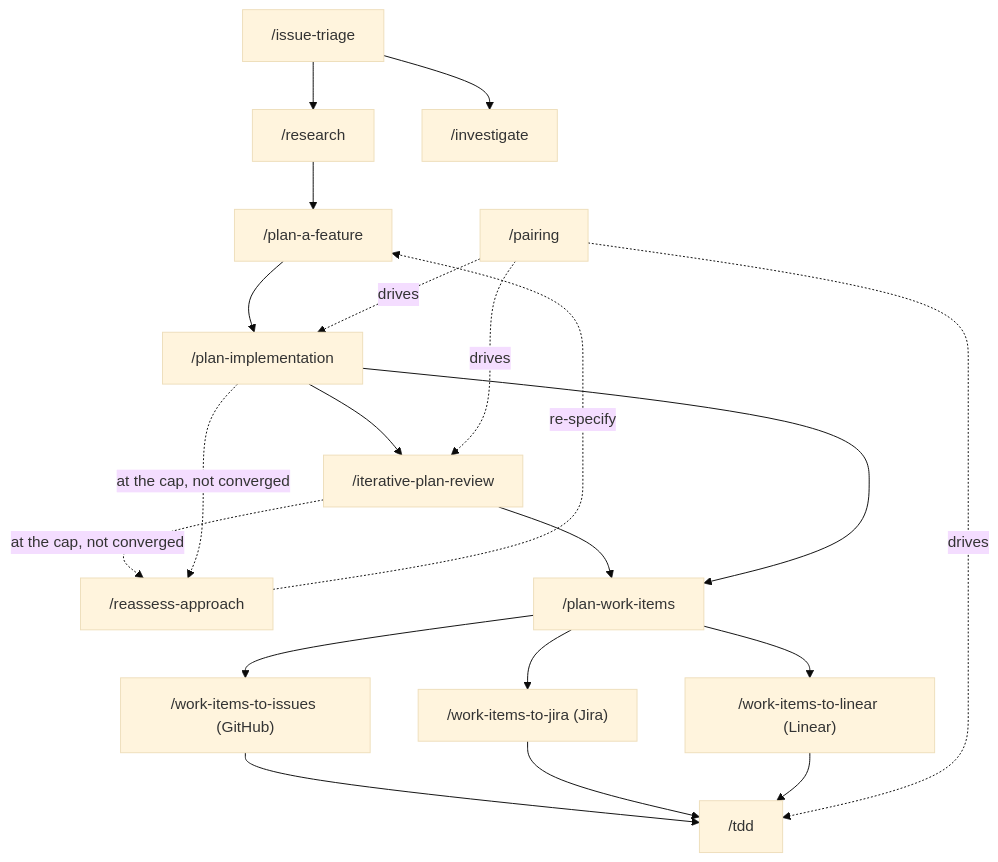
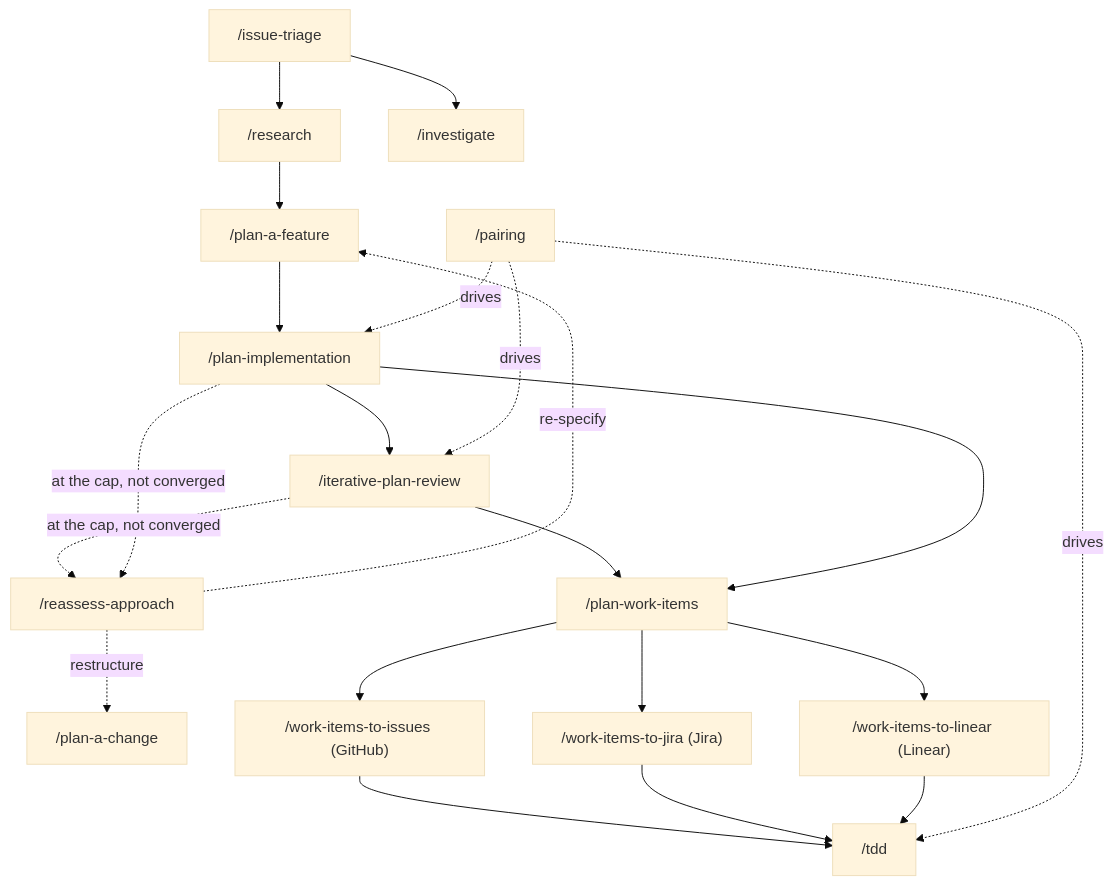
One commit to testdouble/han changed the first of 5 diagrams in docs/workflows.md. Above: the diagram before and after it, drawn with Mermaid (base theme). The commit also changed 8 other files, not shown here.

Commit message:
docs(planning): document the reassess-approach report, the third plan check, and reassess back-references

````diff
--- a/docs/workflows.md
+++ b/docs/workflows.md
@@ -22,22 +22,23 @@
 ```mermaid
 flowchart TD
     triage["/issue-triage"] --> research["/research"]
     triage --> investigate["/investigate"]
     research --> feature["/plan-a-feature"]
     feature --> impl["/plan-implementation"]
     impl --> review["/iterative-plan-review"]
     review -.at the cap, not converged.-> reassess["/reassess-approach"]
     impl -.at the cap, not converged.-> reassess
     reassess -.re-specify.-> feature
+    reassess -.restructure.-> change["/plan-a-change"]
     review --> items["/plan-work-items"]
     impl --> items
     items --> gh["/work-items-to-issues (GitHub)"]
     items --> jira["/work-items-to-jira (Jira)"]
     items --> linear["/work-items-to-linear (Linear)"]
     gh --> build["/tdd"]
     jira --> build
     linear --> build
     pairing["/pairing"] -.drives.-> impl
     pairing -.drives.-> review
     pairing -.drives.-> build
 ```
````
